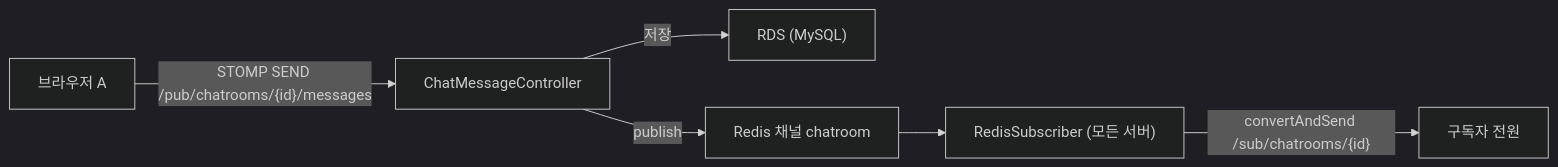
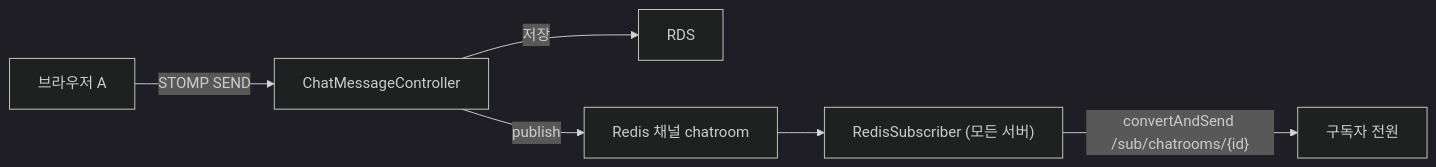
One commit to storyrago/Sage changed the second of 4 diagrams in README.md. Above: the diagram before and after it, drawn with Mermaid (dark theme). The commit also changed other lines of this file, not shown here.

````diff
--- a/README.md
+++ b/README.md
@@ -70,8 +97,8 @@
 ```mermaid
 flowchart LR
-    A["브라우저 A"] -->|"STOMP SEND /pub/chatrooms/{id}/messages"| C["ChatMessageController"]
-    C -->|"저장"| DB["RDS (MySQL)"]
+    A["브라우저 A"] -->|"STOMP SEND"| C["ChatMessageController"]
+    C -->|"저장"| DB["RDS"]
     C -->|"publish"| R["Redis 채널 chatroom"]
     R --> S["RedisSubscriber (모든 서버)"]
     S -->|"convertAndSend /sub/chatrooms/{id}"| B["구독자 전원"]
 ```
````
